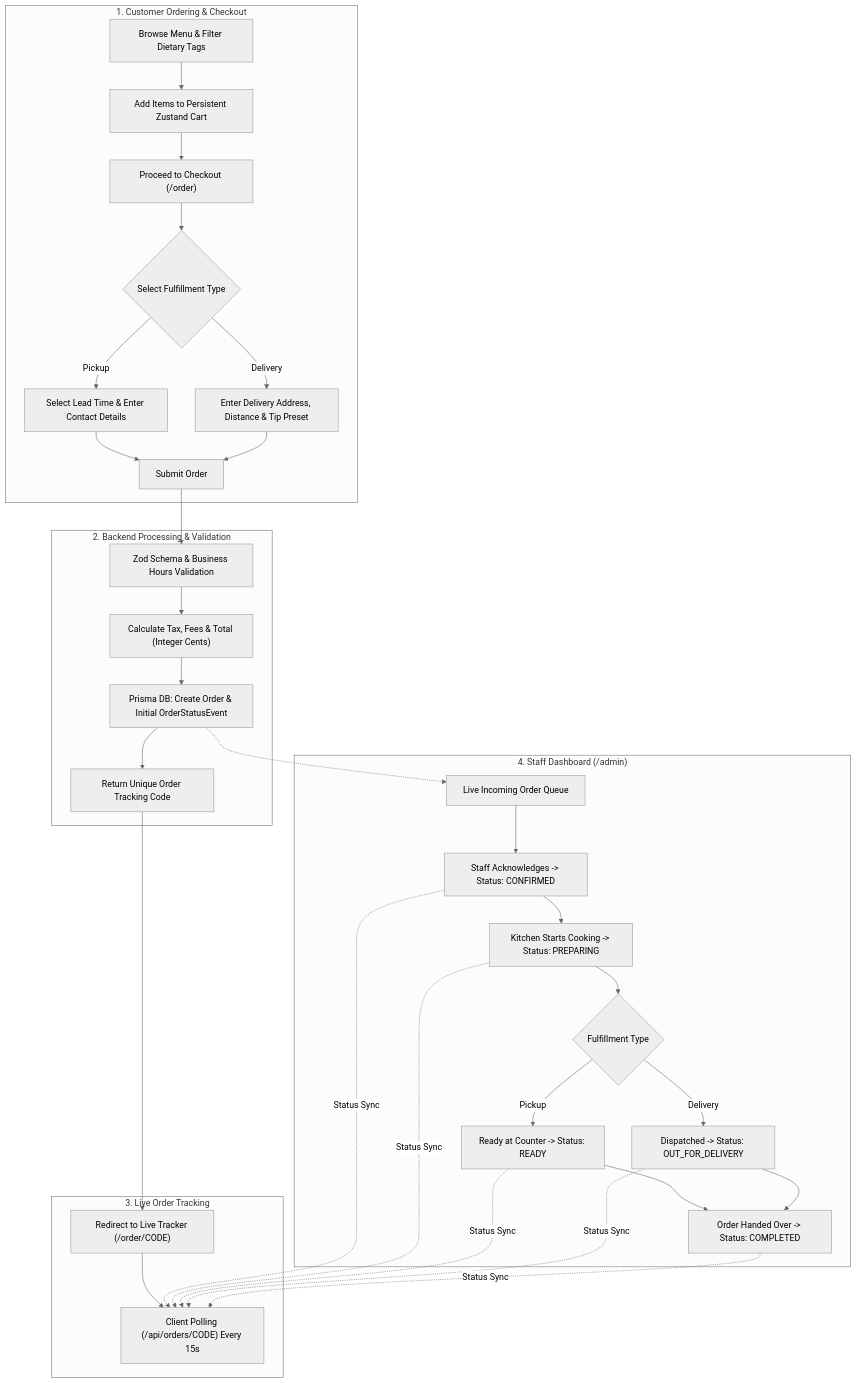
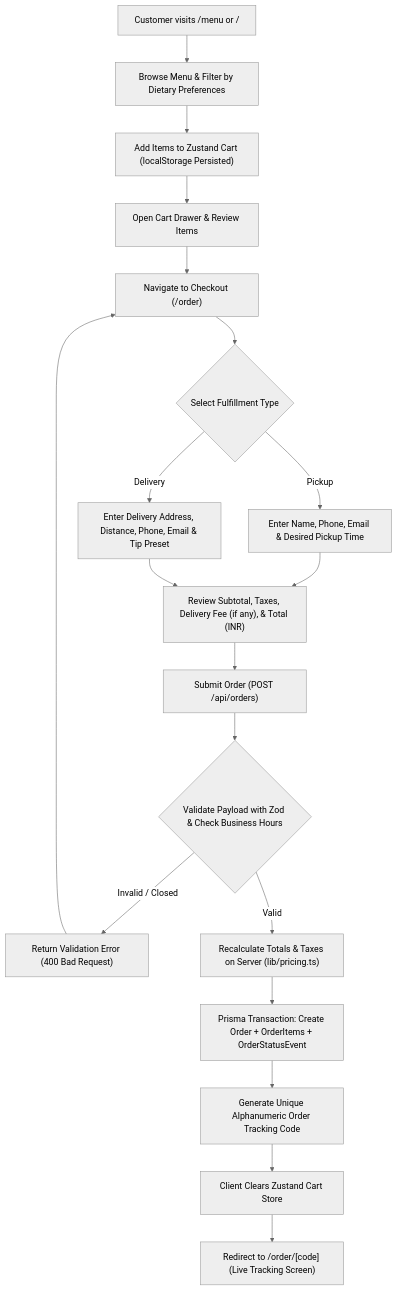
Before and after one commit to namaysingh3925/RESPO: the first of 6 diagrams in README.md, drawn with Mermaid (neutral theme). The commit also changed other lines of this file, not shown here.

````diff
--- a/README.md
+++ b/README.md
@@ -55,40 +95,27 @@
 ```mermaid
 flowchart TD
-  subgraph CustomerOrder ["1. Customer Ordering & Checkout"]
-    A["Browse Menu & Filter Dietary Tags"] --> B["Add Items to Persistent Zustand Cart"]
-    B --> C["Proceed to Checkout (/order)"]
-    C --> D{"Select Fulfillment Type"}
-    D -->|Pickup| E1["Select Lead Time & Enter Contact Details"]
-    D -->|Delivery| E2["Enter Delivery Address, Distance & Tip Preset"]
-    E1 --> F["Submit Order"]
-    E2 --> F
-  end
-
-  subgraph BackendProcessing ["2. Backend Processing & Validation"]
-    F --> G["Zod Schema & Business Hours Validation"]
-    G --> H["Calculate Tax, Fees & Total (Integer Cents)"]
-    H --> I["Prisma DB: Create Order & Initial OrderStatusEvent"]
-    I --> J["Return Unique Order Tracking Code"]
-  end
-
-  subgraph OrderTracking ["3. Live Order Tracking"]
-    J --> K["Redirect to Live Tracker (/order/CODE)"]
-    K --> L["Client Polling (/api/orders/CODE) Every 15s"]
-  end
-
-  subgraph AdminFulfillment ["4. Staff Dashboard (/admin)"]
-    I -.-> M["Live Incoming Order Queue"]
-    M --> N["Staff Acknowledges -> Status: CONFIRMED"]
-    N --> O["Kitchen Starts Cooking -> Status: PREPARING"]
-    O --> P{"Fulfillment Type"}
-    P -->|Pickup| Q1["Ready at Counter -> Status: READY"]
-    P -->|Delivery| Q2["Dispatched -> Status: OUT_FOR_DELIVERY"]
-    Q1 --> R["Order Handed Over -> Status: COMPLETED"]
-    Q2 --> R
-    N -. Status Sync .-> L
-    O -. Status Sync .-> L
-    Q1 -. Status Sync .-> L
-    Q2 -. Status Sync .-> L
-    R -. Status Sync .-> L
-  end
+    Start["Customer visits /menu or /"] --> Browse["Browse Menu & Filter by Dietary Preferences"]
+    Browse --> AddCart["Add Items to Zustand Cart (localStorage Persisted)"]
+    AddCart --> OpenCart["Open Cart Drawer & Review Items"]
+    OpenCart --> Checkout["Navigate to Checkout (/order)"]
+    
+    Checkout --> FulfillmentChoice{"Select Fulfillment Type"}
+    
+    FulfillmentChoice -->|Pickup| PickupForm["Enter Name, Phone, Email & Desired Pickup Time"]
+    FulfillmentChoice -->|Delivery| DeliveryForm["Enter Delivery Address, Distance, Phone, Email & Tip Preset"]
+    
+    PickupForm --> ReviewSummary["Review Subtotal, Taxes, Delivery Fee (if any), & Total (INR)"]
+    DeliveryForm --> ReviewSummary
+    
+    ReviewSummary --> SubmitOrder["Submit Order (POST /api/orders)"]
+    
+    SubmitOrder --> ServerValidation{"Validate Payload with Zod & Check Business Hours"}
+    ServerValidation -->|Invalid / Closed| ReturnError["Return Validation Error (400 Bad Request)"]
+    ReturnError --> Checkout
+    
+    ServerValidation -->|Valid| PriceRecalc["Recalculate Totals & Taxes on Server (lib/pricing.ts)"]
+    PriceRecalc --> DBInsert["Prisma Transaction: Create Order + OrderItems + OrderStatusEvent"]
+    DBInsert --> GenerateCode["Generate Unique Alphanumeric Order Tracking Code"]
+    GenerateCode --> ClearCart["Client Clears Zustand Cart Store"]
+    ClearCart --> RedirectTrack["Redirect to /order/[code] (Live Tracking Screen)"]
 ```
````
